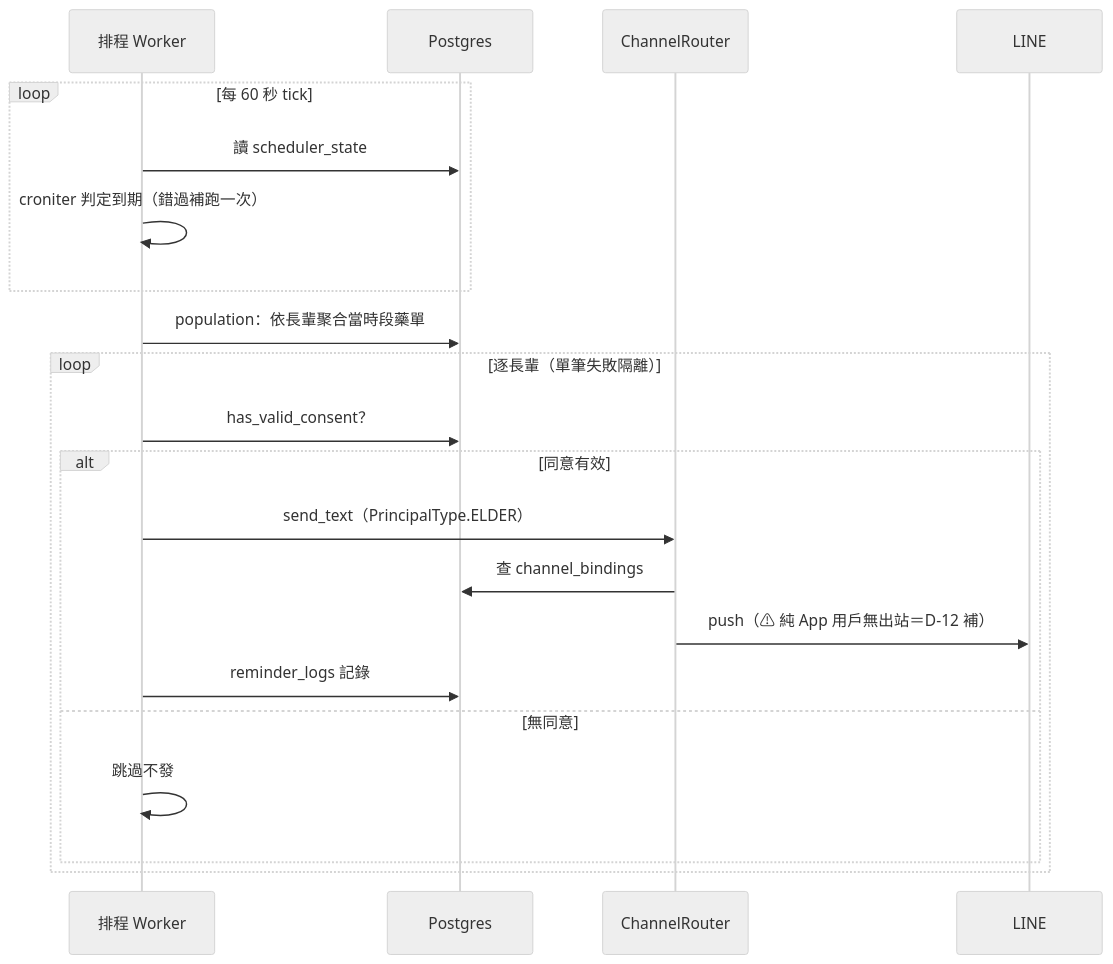
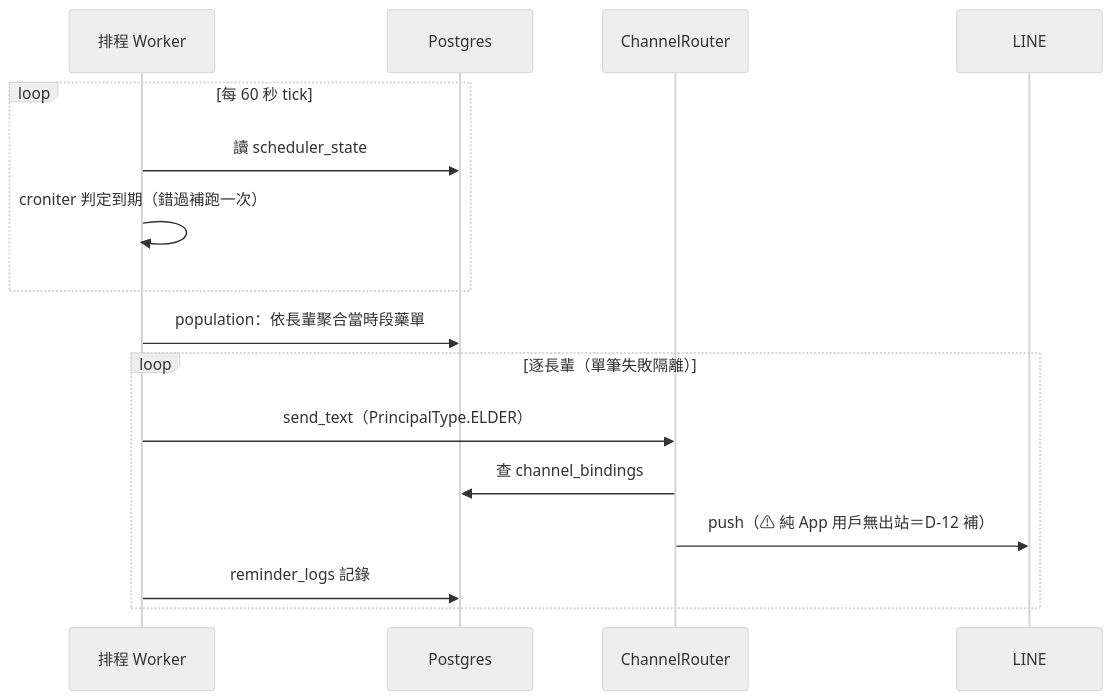
One commit to leo53021313/kinsun changed the eighth of 11 diagrams in docs/dev/05_架構與設計.md. Above: the diagram before and after it, drawn with Mermaid (neutral theme). The commit also changed other lines of this file and 13 other files, not shown here.

````diff
--- a/docs/dev/05_架構與設計.md
+++ b/docs/dev/05_架構與設計.md
@@ -426,24 +426,19 @@
 ```mermaid
 sequenceDiagram
     participant W as 排程 Worker
     participant DB as Postgres
     participant R as ChannelRouter
     participant LINE as LINE
 
     loop 每 60 秒 tick
         W->>DB: 讀 scheduler_state
         W->>W: croniter 判定到期（錯過補跑一次）
     end
     W->>DB: population：依長輩聚合當時段藥單
     loop 逐長輩（單筆失敗隔離）
-        W->>DB: has_valid_consent？
-        alt 同意有效
-            W->>R: send_text（PrincipalType.ELDER）
-            R->>DB: 查 channel_bindings
-            R->>LINE: push（⚠ 純 App 用戶無出站＝D-12 補）
-            W->>DB: reminder_logs 記錄
-        else 無同意
-            W->>W: 跳過不發
-        end
+        W->>R: send_text（PrincipalType.ELDER）
+        R->>DB: 查 channel_bindings
+        R->>LINE: push（⚠ 純 App 用戶無出站＝D-12 補）
+        W->>DB: reminder_logs 記錄
     end
 ```
````
